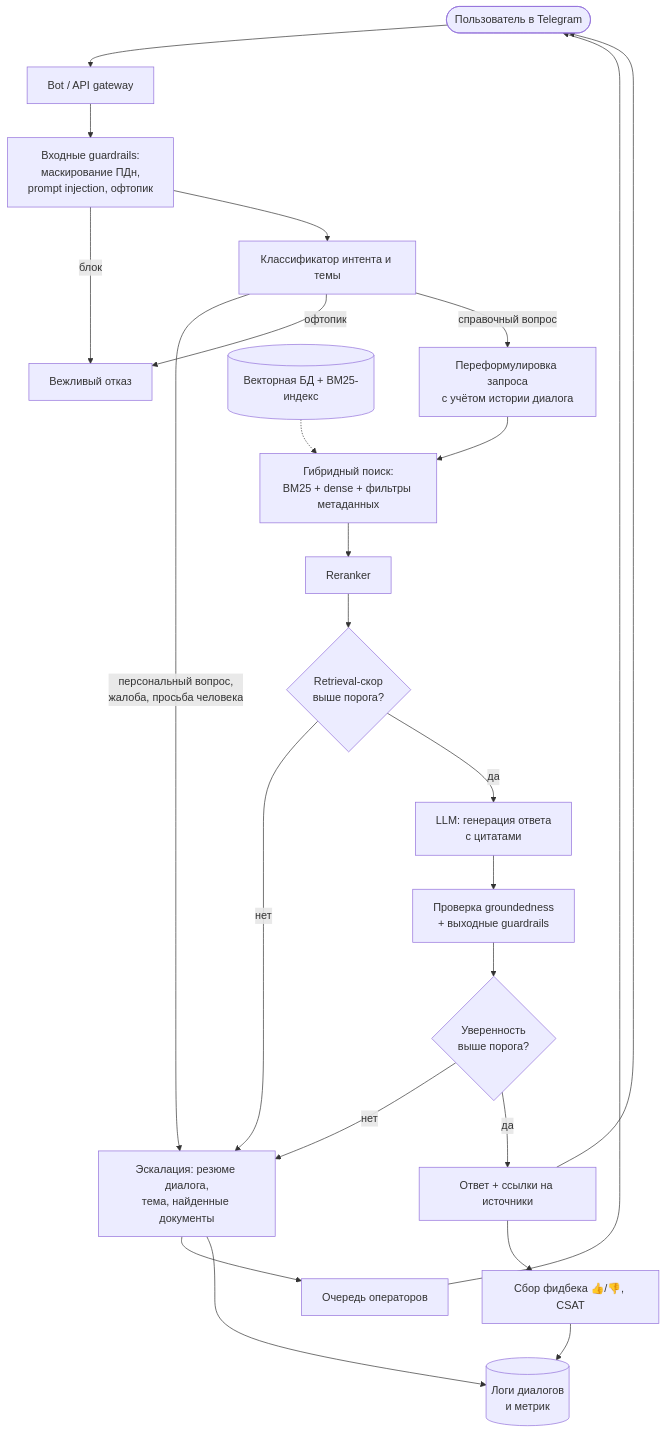
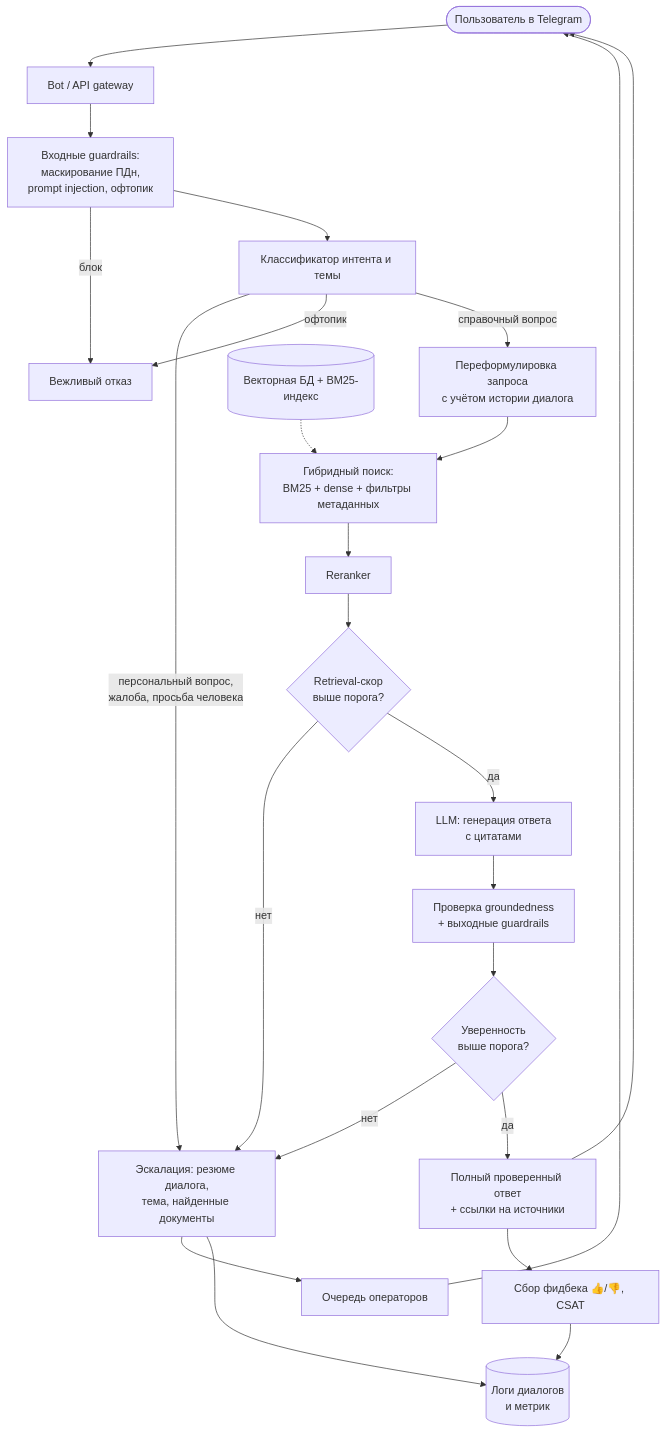
Before and after one commit to MadMan911/itmo_mlsd_hw_1_project: the first of 2 diagrams in docs/ml_system_design_doc.md, drawn with Mermaid. The commit also changed other lines of this file and 2 other files, not shown here.

````diff
--- a/docs/ml_system_design_doc.md
+++ b/docs/ml_system_design_doc.md
@@ -230,27 +240,27 @@
 ```mermaid
 flowchart TD
     U([Пользователь в Telegram]) --> GW[Bot / API gateway]
     GW --> G1[Входные guardrails:<br/>маскирование ПДн,<br/>prompt injection, офтопик]
     G1 -->|блок| R0[Вежливый отказ]
     G1 --> CL[Классификатор интента и темы]
     CL -->|персональный вопрос,<br/>жалоба, просьба человека| ESC
     CL -->|офтопик| R0
     CL -->|справочный вопрос| QR[Переформулировка запроса<br/>с учётом истории диалога]
     QR --> RET[Гибридный поиск:<br/>BM25 + dense + фильтры метаданных]
     RET --> RR[Reranker]
     RR --> C1{Retrieval-скор<br/>выше порога?}
     C1 -->|нет| ESC
     C1 -->|да| GEN[LLM: генерация ответа<br/>с цитатами]
     GEN --> CHK[Проверка groundedness<br/>+ выходные guardrails]
     CHK --> C2{Уверенность<br/>выше порога?}
     C2 -->|нет| ESC
-    C2 -->|да| ANS[Ответ + ссылки на источники]
+    C2 -->|да| ANS[Полный проверенный ответ<br/>+ ссылки на источники]
     ANS --> FB[Сбор фидбека 👍/👎, CSAT]
     ESC[Эскалация: резюме диалога,<br/>тема, найденные документы] --> OP[Очередь операторов]
     OP --> U
     ANS --> U
     FB --> LOG[(Логи диалогов<br/>и метрик)]
     ESC --> LOG
 
     KB[(Векторная БД + BM25-индекс)] -.-> RET
 ```
````
